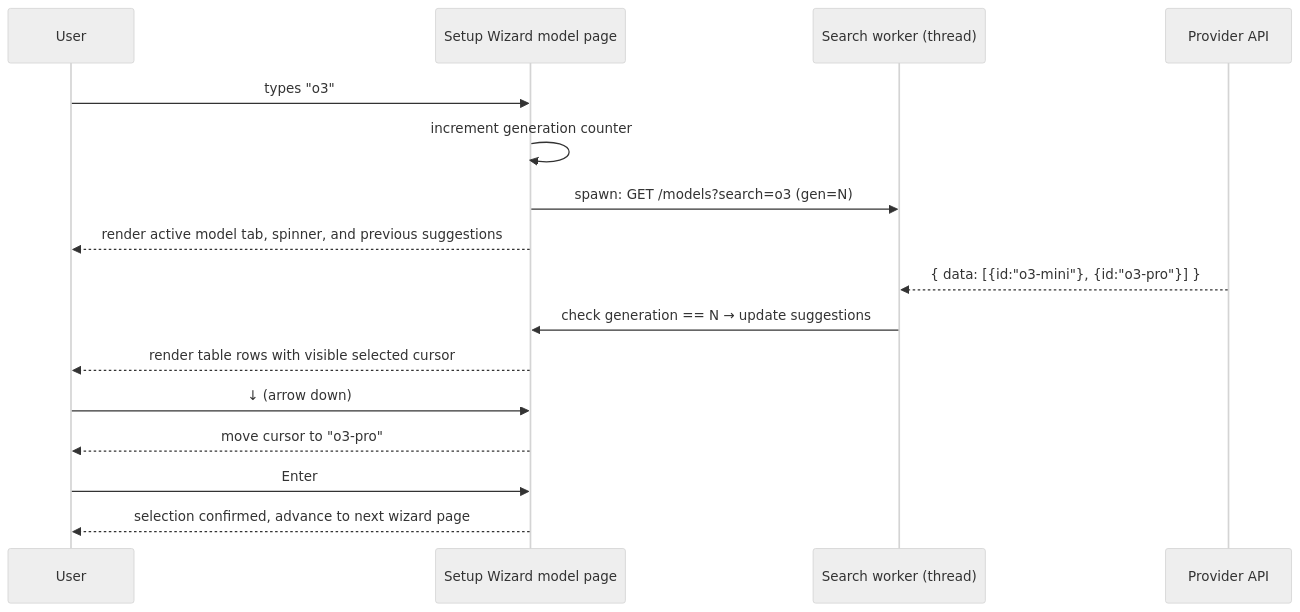
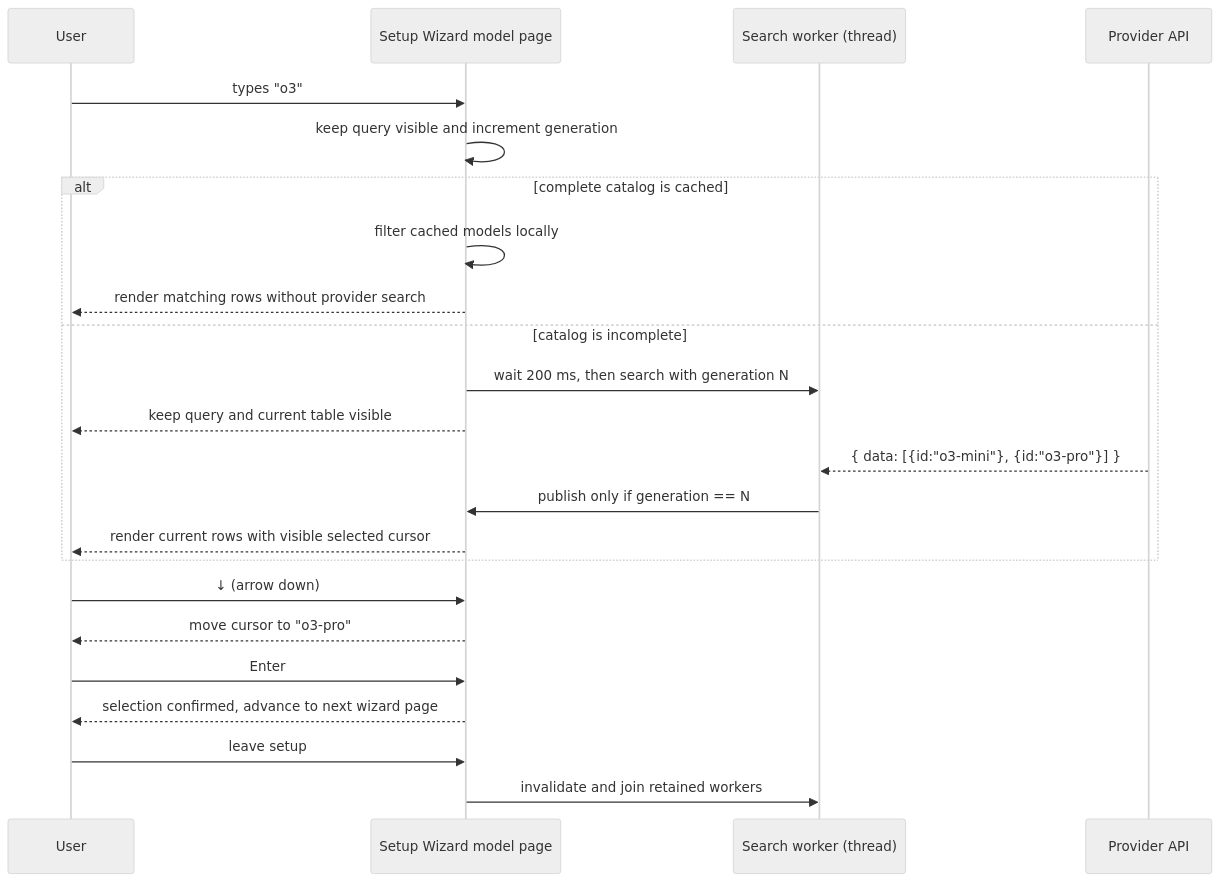
One commit to buster/watn changed the tenth of 19 diagrams in docs/arc42/06-runtime-view.md. Above: the diagram before and after it, drawn with Mermaid (neutral theme). The commit also changed other lines of this file and 18 other files, not shown here.

Commit message:
feat(responsive-setup-model-filtering): A complete catalog is filtered locally

````diff
--- a/docs/arc42/06-runtime-view.md
+++ b/docs/arc42/06-runtime-view.md
@@ -388,19 +388,26 @@
 ```mermaid
 sequenceDiagram
     participant User as User
     participant Picker as Setup Wizard model page
     participant Worker as Search worker (thread)
     participant API as Provider API
 
     User->>Picker: types "o3"
-    Picker->>Picker: increment generation counter
-    Picker->>Worker: spawn: GET /models?search=o3 (gen=N)
-    Picker-->>User: render active model tab, spinner, and previous suggestions
-    API-->>Worker: { data: [{id:"o3-mini"}, {id:"o3-pro"}] }
-    Worker->>Picker: check generation == N → update suggestions
-    Picker-->>User: render table rows with visible selected cursor
+    Picker->>Picker: keep query visible and increment generation
+    alt complete catalog is cached
+        Picker->>Picker: filter cached models locally
+        Picker-->>User: render matching rows without provider search
+    else catalog is incomplete
+        Picker->>Worker: wait 200 ms, then search with generation N
+        Picker-->>User: keep query and current table visible
+        API-->>Worker: { data: [{id:"o3-mini"}, {id:"o3-pro"}] }
+        Worker->>Picker: publish only if generation == N
+        Picker-->>User: render current rows with visible selected cursor
+    end
     User->>Picker: ↓ (arrow down)
     Picker-->>User: move cursor to "o3-pro"
     User->>Picker: Enter
     Picker-->>User: selection confirmed, advance to next wizard page
+    User->>Picker: leave setup
+    Picker->>Worker: invalidate and join retained workers
 ```
````
